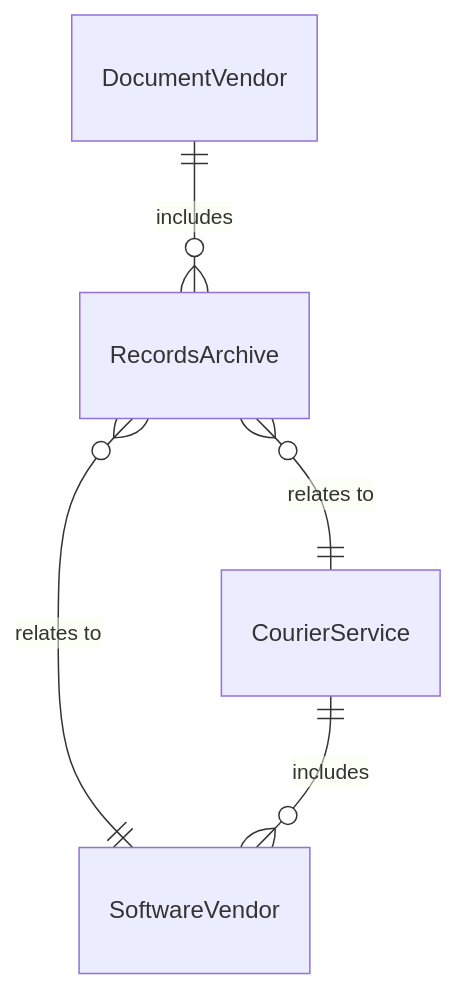
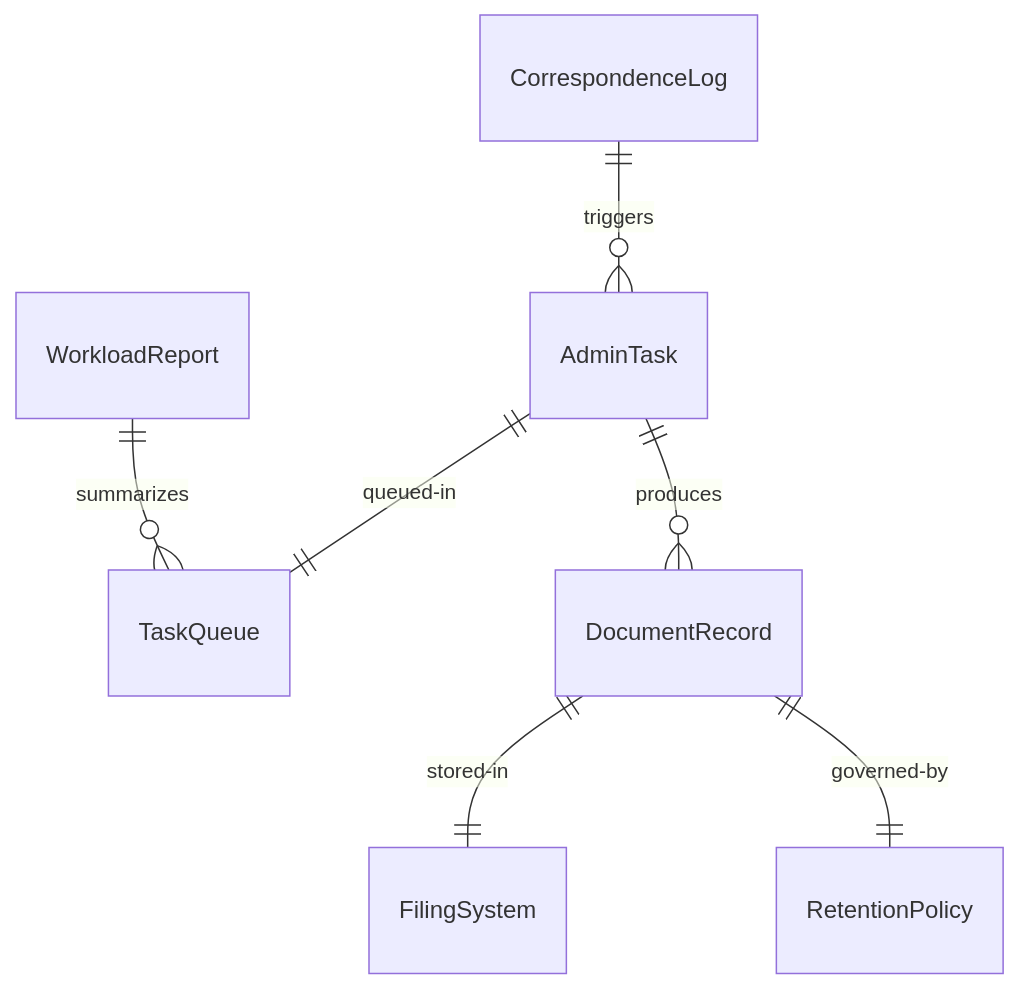
The first of 4 diagrams in GuidingDirectingAndMotivatingSubordinates/DirectOrganizationalOperationsActivitiesOrProcedures/ManageClericalAdministrativeActivities.mdx (dot-org-ai/tasks.org.ai), drawn with Mermaid before and after one commit. The commit also changed other lines of this file and 515 other files, not shown here.

````diff
--- a/GuidingDirectingAndMotivatingSubordinates/DirectOrganizationalOperationsActivitiesOrProcedures/ManageClericalAdministrativeActivities.mdx
+++ b/GuidingDirectingAndMotivatingSubordinates/DirectOrganizationalOperationsActivitiesOrProcedures/ManageClericalAdministrativeActivities.mdx
@@ -89,7 +89,9 @@
 ```mermaid
 erDiagram
-    DocumentVendor ||--o{ RecordsArchive : includes
-    RecordsArchive }o--|| CourierService : "relates to"
-    RecordsArchive }o--|| SoftwareVendor : "relates to"
-    CourierService ||--o{ SoftwareVendor : includes
+    AdminTask ||--|| TaskQueue : "queued-in"
+    AdminTask ||--o{ DocumentRecord : "produces"
+    DocumentRecord ||--|| FilingSystem : "stored-in"
+    DocumentRecord ||--|| RetentionPolicy : "governed-by"
+    CorrespondenceLog ||--o{ AdminTask : "triggers"
+    WorkloadReport ||--o{ TaskQueue : "summarizes"
 ```
````
